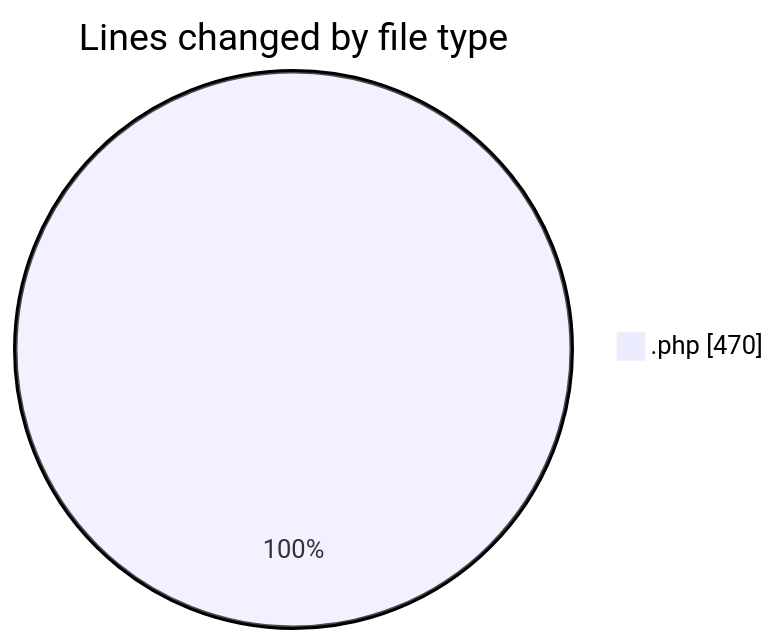
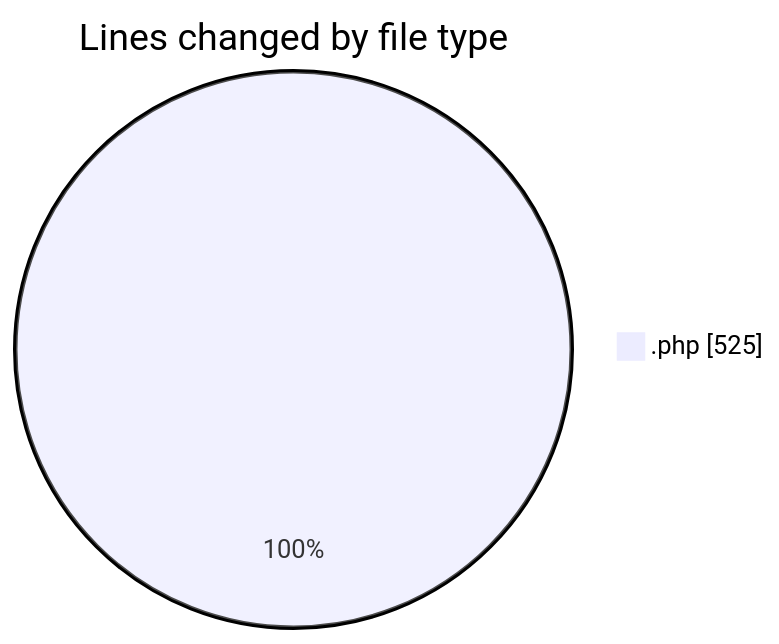
Before and after one commit to LanceThiago/code-tracking: the first of 2 diagrams in 2025-11-06/totem/README.md, drawn with Mermaid. The commit also changed other lines of this file and 1 other file, not shown here.

````diff
--- a/2025-11-06/totem/README.md
+++ b/2025-11-06/totem/README.md
@@ -21,5 +22,5 @@
 ```mermaid
 pie showData
 title Lines changed by file type
-".php" : 470
+".php" : 525
 ```
````
